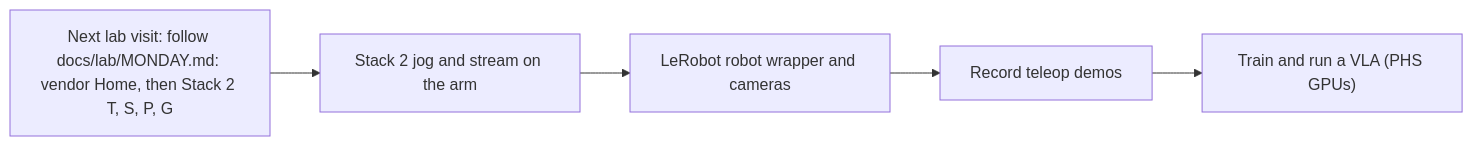
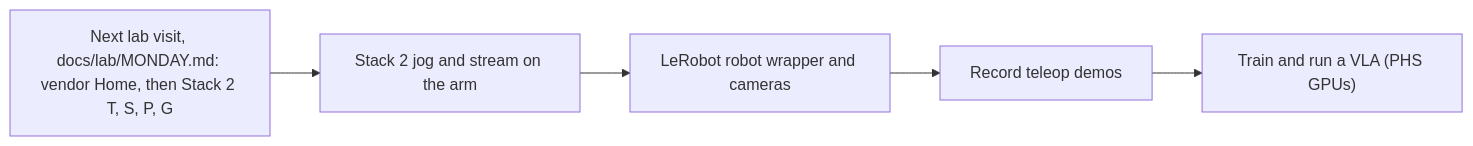
The diagram in docs/STATUS.md (Sebastianr8243/scorbot-er4u-python), drawn with Mermaid before and after one commit. The commit also changed other lines of this file, not shown here.

Commit message:
STATUS: streaming parts B (#181) and C (#182) are merged, not open

````diff
--- a/docs/STATUS.md
+++ b/docs/STATUS.md
@@ -52,7 +52,7 @@
 ```mermaid
 flowchart LR
-    L["Next lab visit: follow docs/lab/MONDAY.md: vendor Home, then Stack 2 T, S, P, G"] --> J["Stack 2 jog and stream on the arm"]
+    L["Next lab visit, docs/lab/MONDAY.md: vendor Home, then Stack 2 T, S, P, G"] --> J["Stack 2 jog and stream on the arm"]
     J --> R["LeRobot robot wrapper and cameras"]
     R --> D["Record teleop demos"]
     D --> V["Train and run a VLA (PHS GPUs)"]
 ```
````
